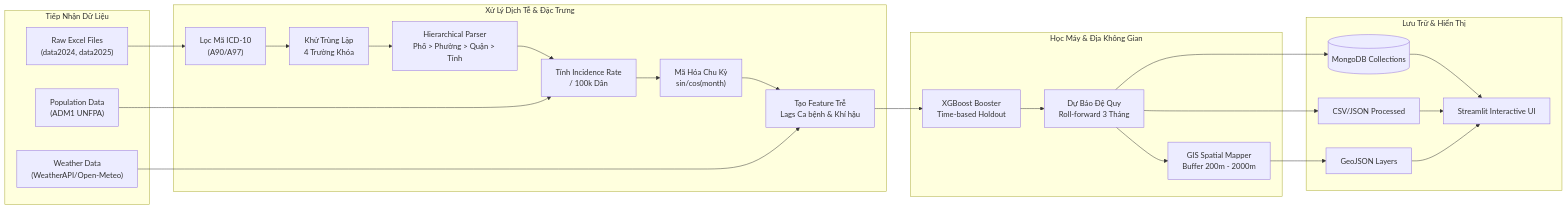
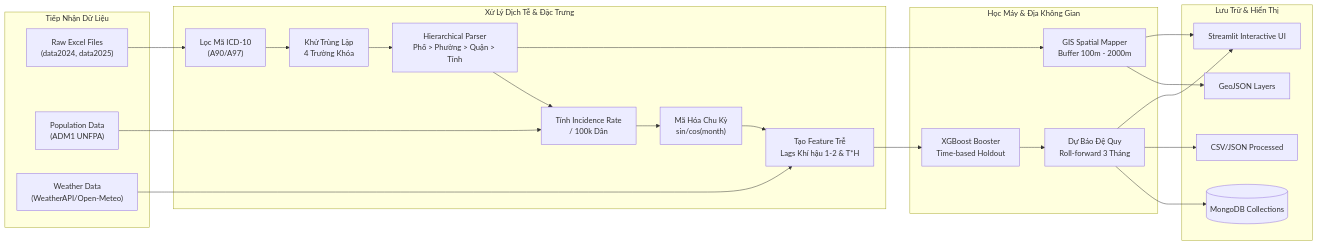
Before and after one commit to VanderSpeare/dengue-prediction: the second of 26 diagrams in README.md, drawn with Mermaid. The commit also changed other lines of this file and 25 other files, not shown here.

````diff
--- a/README.md
+++ b/README.md
@@ -489,39 +417,39 @@
 ```mermaid
 flowchart LR
     subgraph InputStage ["Tiếp Nhận Dữ Liệu"]
         F1["Raw Excel Files<br/>(data2024, data2025)"]
         F2["Population Data<br/>(ADM1 UNFPA)"]
         F3["Weather Data<br/>(WeatherAPI/Open-Meteo)"]
     end
 
     subgraph ProcessingStage ["Xử Lý Dịch Tễ & Đặc Trưng"]
         P1["Lọc Mã ICD-10<br/>(A90/A97)"]
         P2["Khử Trùng Lặp<br/>4 Trường Khóa"]
         P3["Hierarchical Parser<br/>Phố > Phường > Quận > Tỉnh"]
         P4["Tính Incidence Rate<br/>/ 100k Dân"]
         P5["Mã Hóa Chu Kỳ<br/>sin/cos(month)"]
-        P6["Tạo Feature Trễ<br/>Lags Ca bệnh & Khí hậu"]
+        P6["Tạo Feature Trễ<br/>Lags Khí hậu 1-2 & T*H"]
     end
 
     subgraph ModelStage ["Học Máy & Địa Không Gian"]
         M1["XGBoost Booster<br/>Time-based Holdout"]
         M2["Dự Báo Đệ Quy<br/>Roll-forward 3 Tháng"]
-        M3["GIS Spatial Mapper<br/>Buffer 200m - 2000m"]
+        M3["GIS Spatial Mapper<br/>Buffer 100m - 2000m"]
     end
 
     subgraph OutputStage ["Lưu Trữ & Hiển Thị"]
         O1[("MongoDB Collections")]
         O2["CSV/JSON Processed"]
         O3["GeoJSON Layers"]
         O4["Streamlit Interactive UI"]
     end
 
     F1 --> P1 --> P2 --> P3 --> P4
     F2 --> P4
     P4 --> P5 --> P6
     F3 --> P6
-    P6 --> M1 --> M2 --> M3
-    M2 --> O1 & O2
-    M3 --> O3
-    O1 & O2 & O3 --> O4
+    P6 --> M1 --> M2
+    P3 --> M3
+    M2 --> O1 & O2 & O4
+    M3 --> O3 & O4
 ```
````
